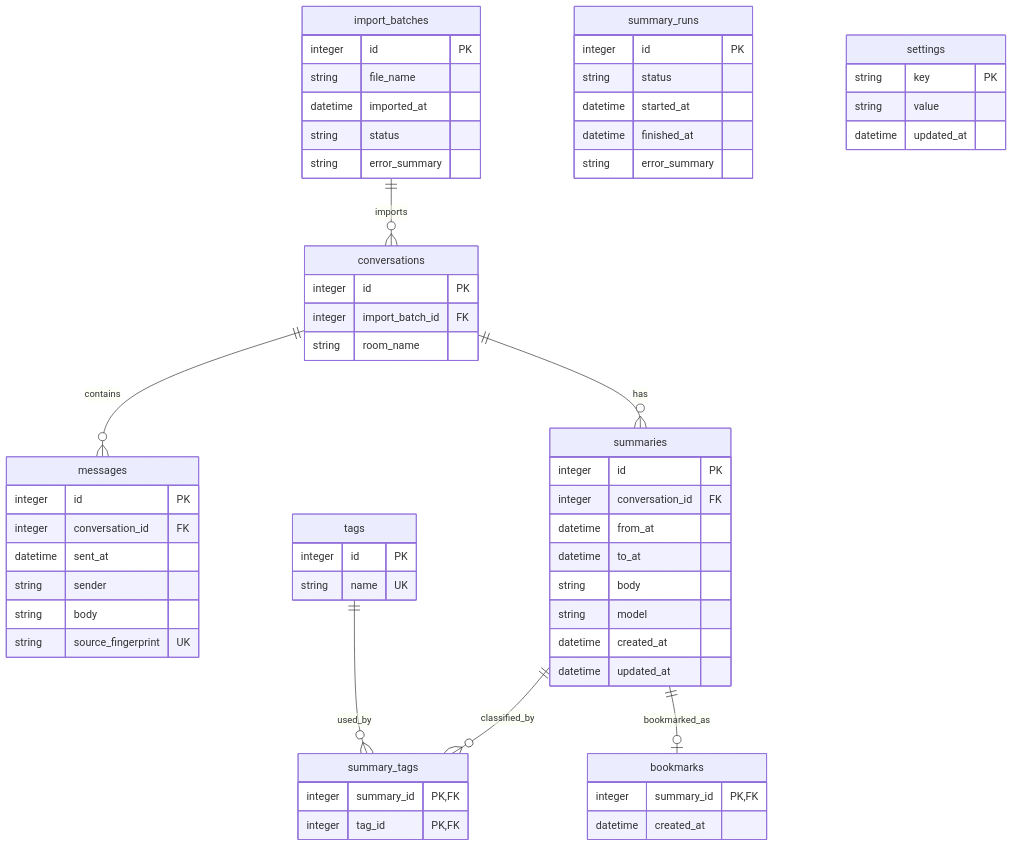
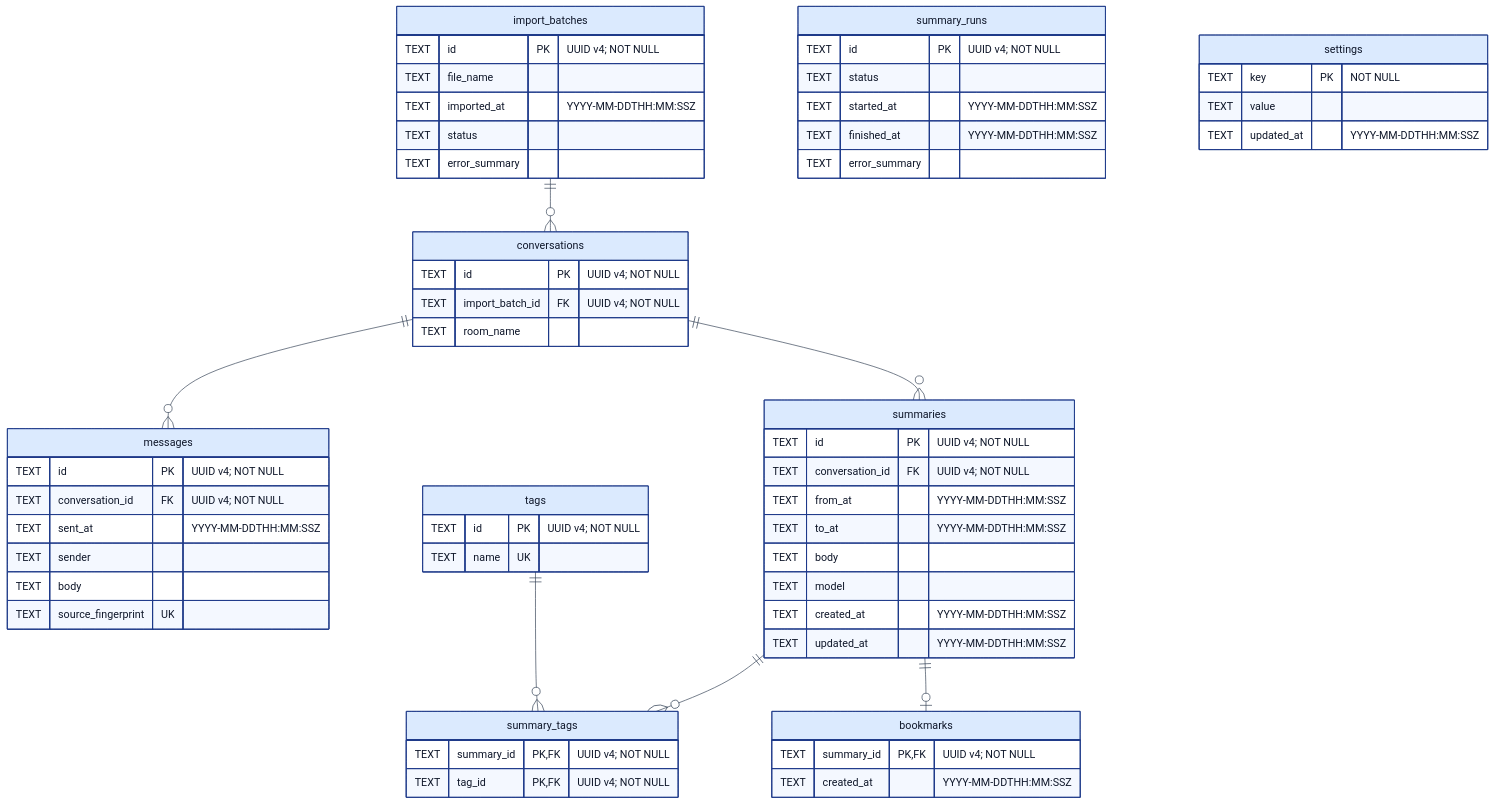
The third of 4 diagrams in requirements/システム構成図.md (syachiku-kun/tech-chat-notes), drawn with Mermaid before and after one commit. The commit also changed other lines of this file and 6 other files, not shown here.

Commit message:
[update]データベース設計と検索図を更新

````diff
--- a/requirements/システム構成図.md
+++ b/requirements/システム構成図.md
@@ -171,64 +240,66 @@
 ```mermaid
+%%{init: {"theme": "base", "themeVariables": {"primaryColor": "#DBEAFE", "primaryTextColor": "#0F172A", "primaryBorderColor": "#1E3A8A", "lineColor": "#334155", "textColor": "#0F172A"}, "er": {"fill": "#DBEAFE", "stroke": "#1E3A8A", "fontSize": 20}}}%%
 erDiagram
-    import_batches ||--o{ conversations : imports
-    conversations ||--o{ messages : contains
-    conversations ||--o{ summaries : has
-    summaries ||--o{ summary_tags : classified_by
-    tags ||--o{ summary_tags : used_by
-    summaries ||--o| bookmarks : bookmarked_as
+    direction TB
+    import_batches ||--o{ conversations : ""
+    conversations ||--o{ messages : ""
+    conversations ||--o{ summaries : ""
+    summaries ||--o{ summary_tags : ""
+    tags ||--o{ summary_tags : ""
+    summaries ||--o| bookmarks : ""
 
     import_batches {
-        integer id PK
-        string file_name
-        datetime imported_at
-        string status
-        string error_summary
+        TEXT id PK "UUID v4; NOT NULL"
+        TEXT file_name
+        TEXT imported_at "YYYY-MM-DDTHH:MM:SSZ"
+        TEXT status
+        TEXT error_summary
     }
     conversations {
-        integer id PK
-        integer import_batch_id FK
-        string room_name
+        TEXT id PK "UUID v4; NOT NULL"
+        TEXT import_batch_id FK "UUID v4; NOT NULL"
+        TEXT room_name
     }
     messages {
-        integer id PK
-        integer conversation_id FK
-        datetime sent_at
-        string sender
-        string body
-        string source_fingerprint UK
+        TEXT id PK "UUID v4; NOT NULL"
+        TEXT conversation_id FK "UUID v4; NOT NULL"
+        TEXT sent_at "YYYY-MM-DDTHH:MM:SSZ"
+        TEXT sender
+        TEXT body
+        TEXT source_fingerprint UK
     }
     summaries {
-        integer id PK
-        integer conversation_id FK
-        datetime from_at
-        datetime to_at
-        string body
-        string model
-        datetime created_at
-        datetime updated_at
+        TEXT id PK "UUID v4; NOT NULL"
+        TEXT conversation_id FK "UUID v4; NOT NULL"
+        TEXT from_at "YYYY-MM-DDTHH:MM:SSZ"
+        TEXT to_at "YYYY-MM-DDTHH:MM:SSZ"
+        TEXT body
+        TEXT model
+        TEXT created_at "YYYY-MM-DDTHH:MM:SSZ"
+        TEXT updated_at "YYYY-MM-DDTHH:MM:SSZ"
     }
     tags {
-        integer id PK
-        string name UK
+        TEXT id PK "UUID v4; NOT NULL"
+        TEXT name UK
     }
     summary_tags {
-        integer summary_id PK,FK
-        integer tag_id PK,FK
+        TEXT summary_id PK,FK "UUID v4; NOT NULL"
+        TEXT tag_id PK,FK "UUID v4; NOT NULL"
     }
     bookmarks {
-        integer summary_id PK,FK
-        datetime created_at
+        TEXT summary_id PK,FK "UUID v4; NOT NULL"
+        TEXT created_at "YYYY-MM-DDTHH:MM:SSZ"
     }
     summary_runs {
-        integer id PK
-        string status
-        datetime started_at
-        datetime finished_at
-        string error_summary
+        TEXT id PK "UUID v4; NOT NULL"
+        TEXT status
+        TEXT started_at "YYYY-MM-DDTHH:MM:SSZ"
+        TEXT finished_at "YYYY-MM-DDTHH:MM:SSZ"
+        TEXT error_summary
     }
     settings {
-        string key PK
-        string value
-        datetime updated_at
+        TEXT key PK "NOT NULL"
+        TEXT value
+        TEXT updated_at "YYYY-MM-DDTHH:MM:SSZ"
     }
 ```
````
